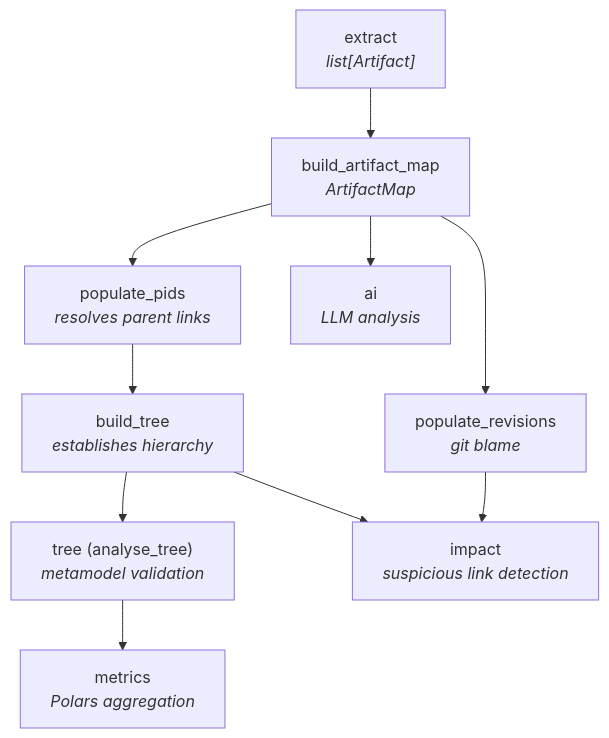
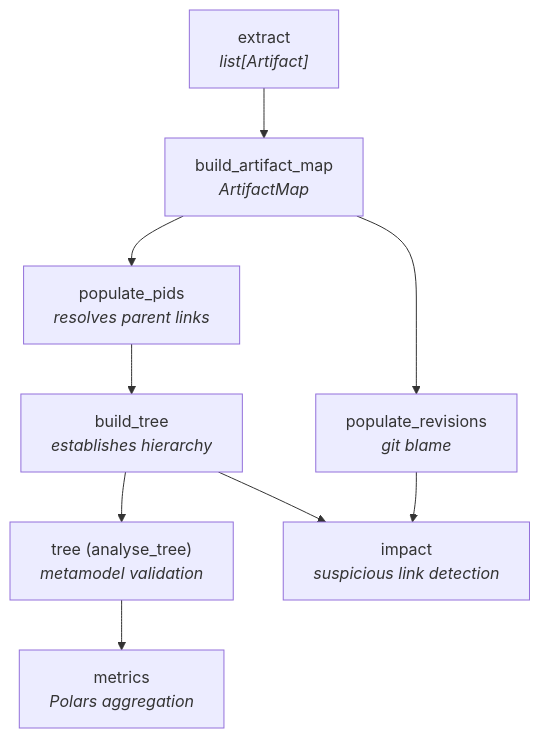
One commit to flyvercity/syntagmax changed the fifth of 13 diagrams in docs/reference/internal.md. Above: the diagram before and after it, drawn with Mermaid. The commit also changed other lines of this file and 43 other files, not shown here.

````diff
--- a/docs/reference/internal.md
+++ b/docs/reference/internal.md
@@ -183,22 +180,20 @@
 ```mermaid
 flowchart TD
     extract["extract<br/><i>list[Artifact]</i>"]
     build_artifact_map["build_artifact_map<br/><i>ArtifactMap</i>"]
     populate_pids["populate_pids<br/><i>resolves parent links</i>"]
     build_tree["build_tree<br/><i>establishes hierarchy</i>"]
     tree["tree (analyse_tree)<br/><i>metamodel validation</i>"]
     populate_revisions["populate_revisions<br/><i>git blame</i>"]
     impact["impact<br/><i>suspicious link detection</i>"]
     metrics["metrics<br/><i>Polars aggregation</i>"]
-    ai["ai<br/><i>LLM analysis</i>"]
 
     extract --> build_artifact_map
     build_artifact_map --> populate_pids
     build_artifact_map --> populate_revisions
-    build_artifact_map --> ai
     populate_pids --> build_tree
     build_tree --> tree
     build_tree --> impact
     populate_revisions --> impact
     tree --> metrics
 ```
````
